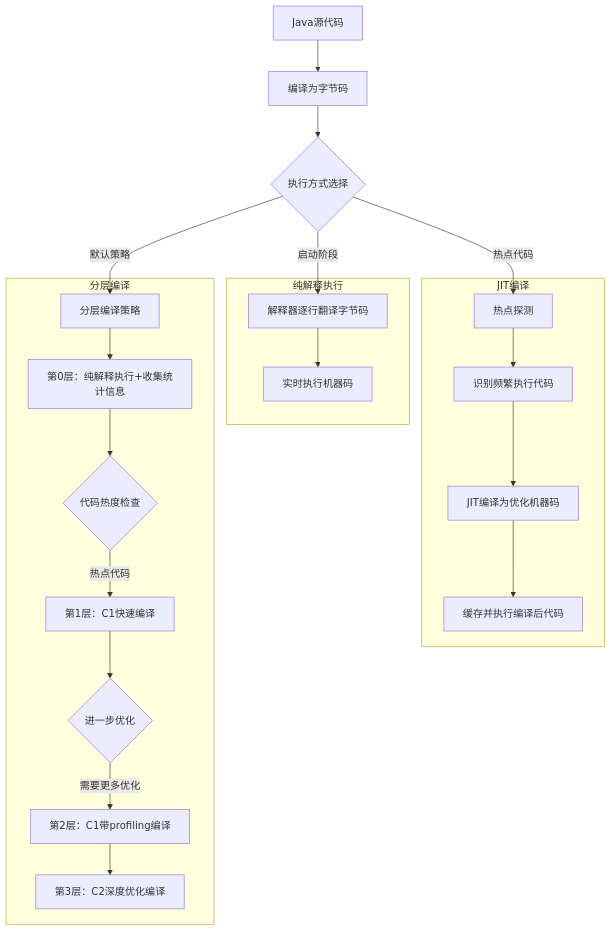
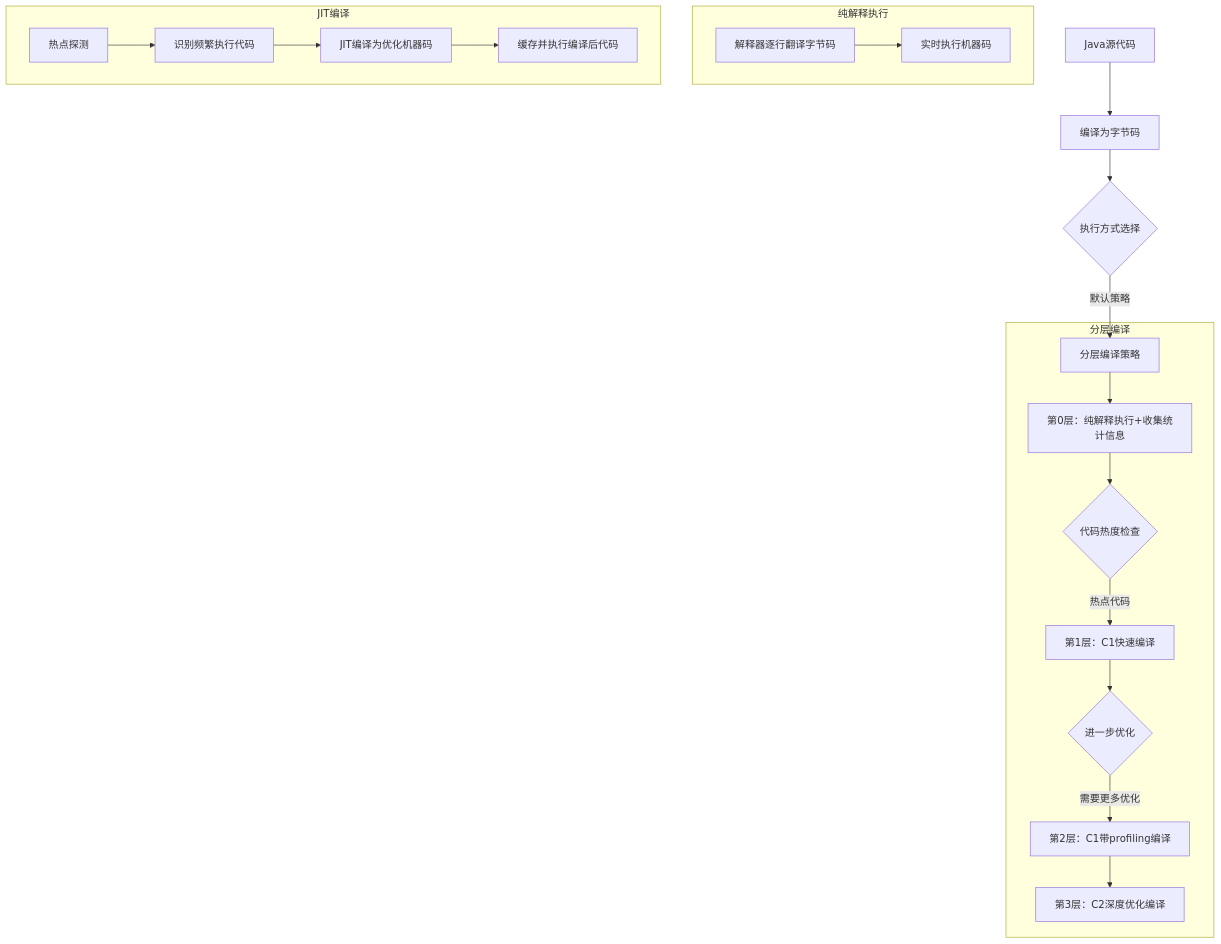
The first of 4 diagrams in study-todo/20230707-README-itv-jvm.md (bage2014/study), drawn with Mermaid before and after one commit. The commit also changed other lines of this file and 17 other files, not shown here.

````diff
--- a/study-todo/20230707-README-itv-jvm.md
+++ b/study-todo/20230707-README-itv-jvm.md
@@ -41,31 +41,28 @@
    ```mermaid
    flowchart TD
        A[Java源代码] --> B[编译为字节码]
        B --> C{执行方式选择}
        
        subgraph 纯解释执行
        C1[解释器逐行翻译字节码]
        C1 --> D1[实时执行机器码]
        end
        
        subgraph JIT编译
        C2[热点探测]
        C2 --> D2[识别频繁执行代码]
        D2 --> E2[JIT编译为优化机器码]
        E2 --> F2[缓存并执行编译后代码]
        end
        
        subgraph 分层编译
        C3[分层编译策略]
        C3 --> D3[第0层：纯解释执行+收集统计信息]
        D3 --> E3{代码热度检查}
        E3 -->|热点代码| F3[第1层：C1快速编译]
        F3 --> G3{进一步优化}
        G3 -->|需要更多优化| H3[第2层：C1带profiling编译]
        H3 --> I3[第3层：C2深度优化编译]
        end
-       
-       C -->|启动阶段| C1
-       C -->|热点代码| C2
        C -->|默认策略| C3
    ```
````
